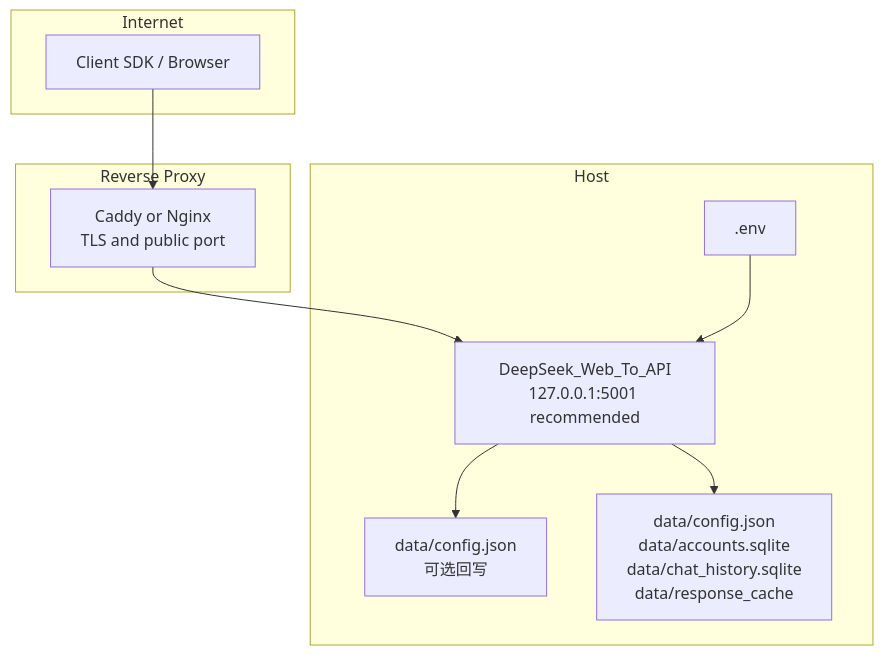
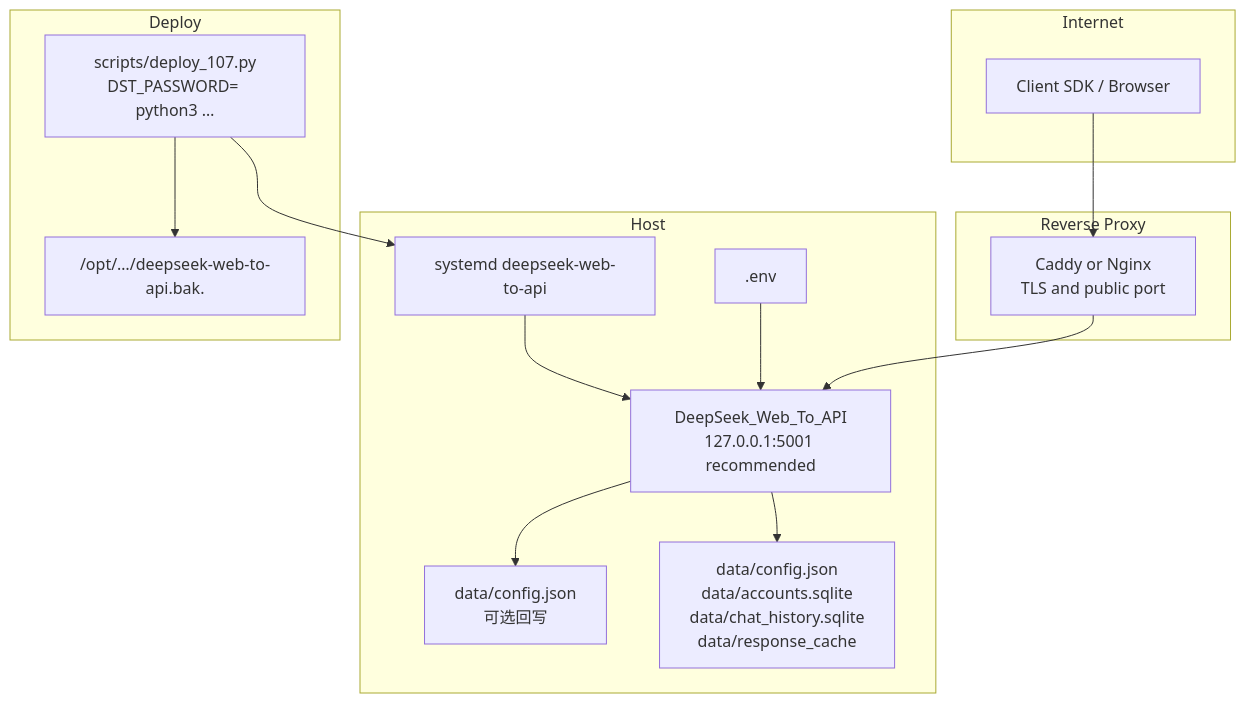
Before and after one commit to marklove5102/DeepSeek_Web_To_API: the second of 2 diagrams in docs/deployment.md, drawn with Mermaid. The commit also changed other lines of this file and 4 other files, not shown here.

First line of the commit message:
security: redact prod IP from scripts/deploy_107.py + docs + READMEs

````diff
--- a/docs/deployment.md
+++ b/docs/deployment.md
@@ -93,20 +109,28 @@
 ```mermaid
 graph TB
 subgraph "Internet"
 CLIENT["Client SDK / Browser"]
 end
 subgraph "Reverse Proxy"
 PROXY["Caddy or Nginx<br/>TLS and public port"]
 end
 subgraph "Host"
 APP["DeepSeek_Web_To_API<br/>127.0.0.1:5001 recommended"]
 CONFIG["data/config.json<br/>可选回写"]
 ENV[".env"]
 DATA["data/config.json<br/>data/accounts.sqlite<br/>data/chat_history.sqlite<br/>data/response_cache"]
+SYSTEMD["systemd deepseek-web-to-api"]
+end
+subgraph "Deploy"
+DEPLOYPY["scripts/deploy_107.py<br/>DST_PASSWORD=<pwd> python3 …"]
+BACKUP["/opt/…/deepseek-web-to-api.bak.<ts>"]
 end
 CLIENT --> PROXY
 PROXY --> APP
 ENV --> APP
 APP --> CONFIG
 APP --> DATA
+SYSTEMD --> APP
+DEPLOYPY --> SYSTEMD
+DEPLOYPY --> BACKUP
 ```
````
